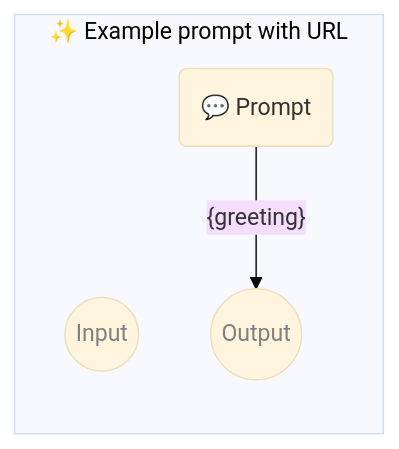
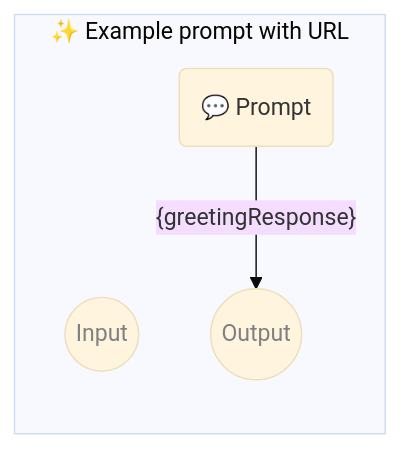
The diagram in examples/pipelines/01-simple.book.md (webgptorg/promptbook), drawn with Mermaid (base theme) before and after one commit. The commit also changed 41 other files, not shown here.

````diff
--- a/examples/pipelines/01-simple.book.md
+++ b/examples/pipelines/01-simple.book.md
@@ -15,21 +15,21 @@
 ```mermaid
 %% 🔮 Tip: Open this on GitHub or in the VSCode website to see the Mermaid graph visually
 
 flowchart LR
   subgraph "✨ Example prompt with URL"
 
       direction TB
 
       input((Input)):::input
-      templatePrompt("💬 Prompt")
+      taskPrompt("💬 Prompt")
 
-      templatePrompt--"{greeting}"-->output
+      taskPrompt--"{greetingResponse}"-->output
       output((Output)):::output
 
-      click templatePrompt href "#prompt" "💬 Prompt";
+      click taskPrompt href "#prompt" "💬 Prompt";
 
       classDef input color: grey;
       classDef output color: grey;
 
   end;
 ```
````
